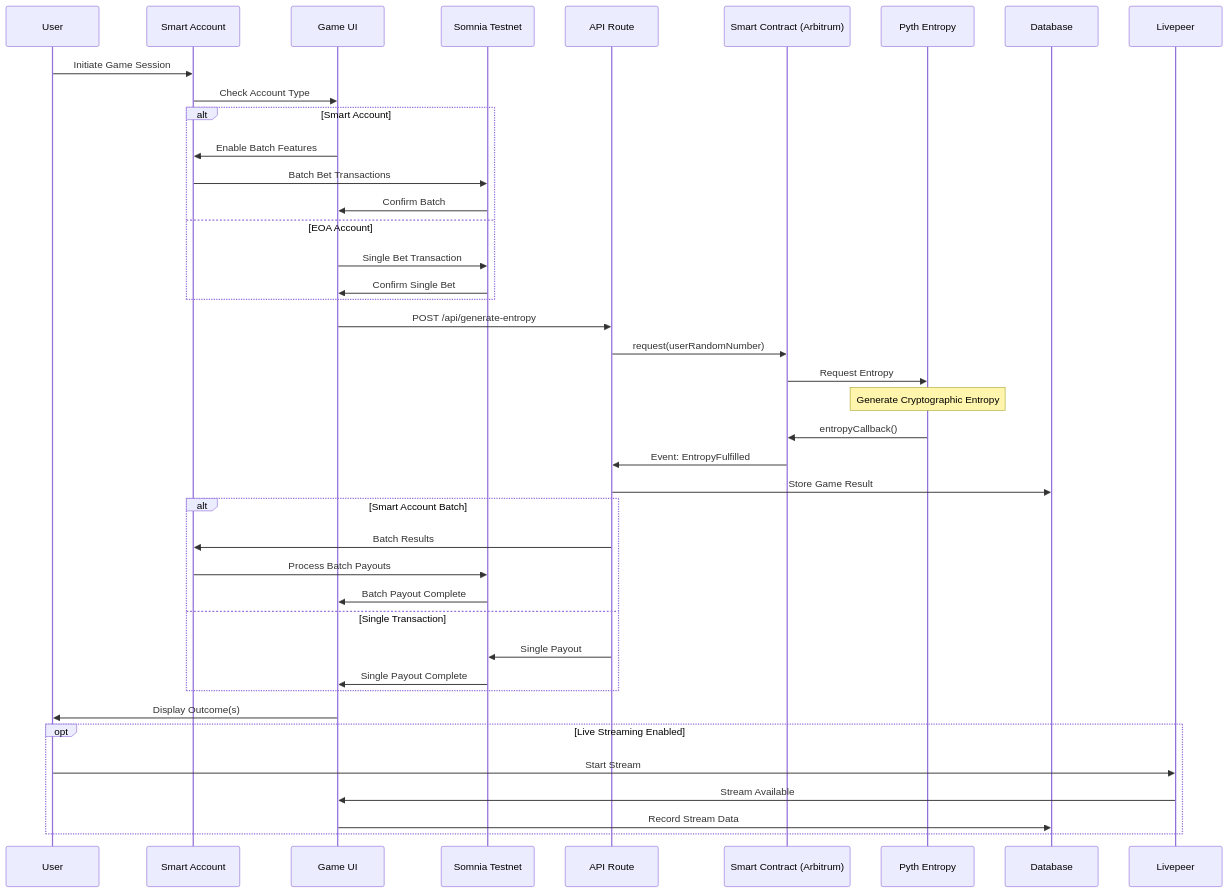
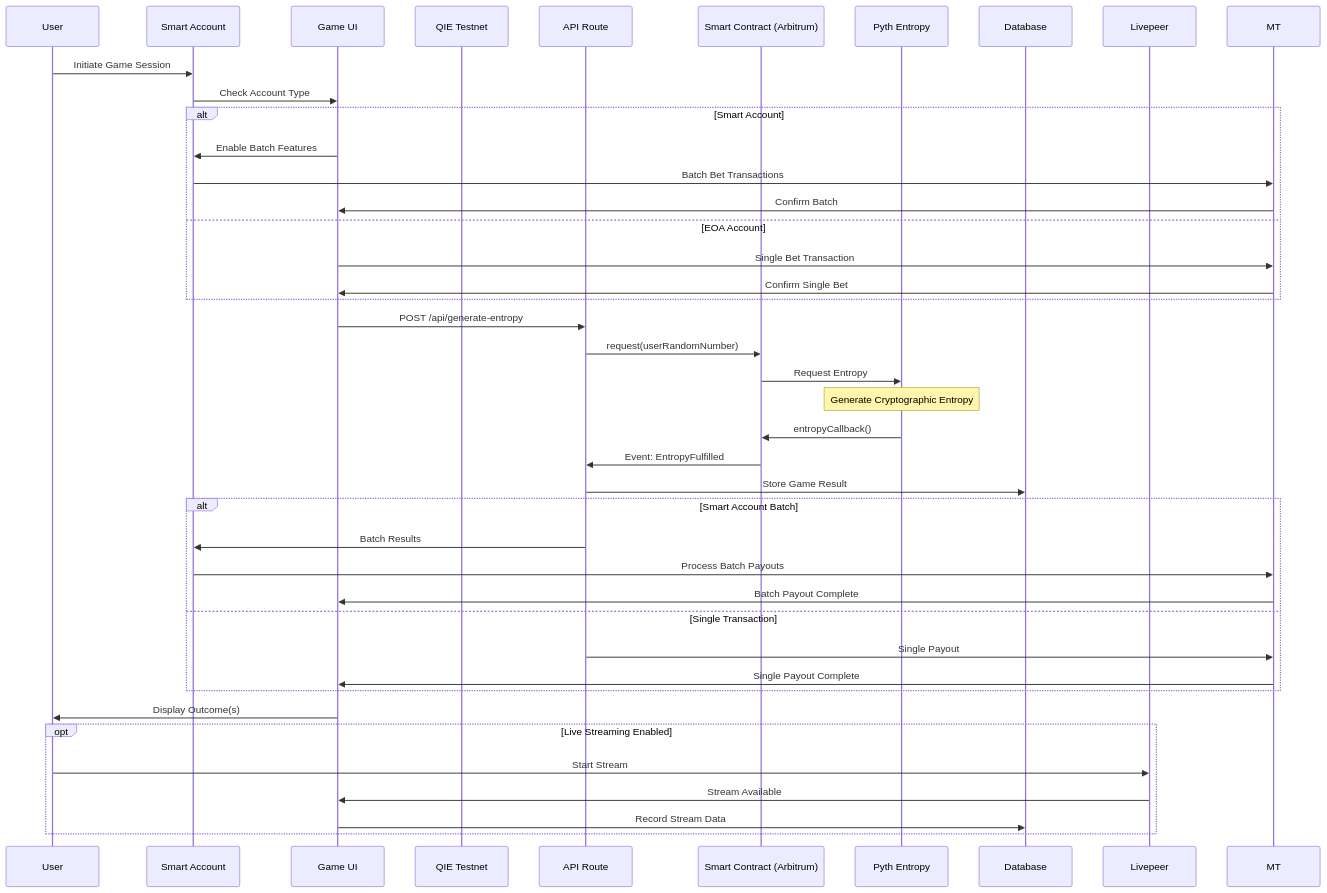
The sixth of 12 diagrams in README.md (AmaanSayyad/APT-Casino-QIE), drawn with Mermaid before and after one commit. The commit also changed other lines of this file, not shown here.

````diff
--- a/README.md
+++ b/README.md
@@ -403,51 +403,51 @@
 ```mermaid
 sequenceDiagram
     participant U as User
     participant SA as Smart Account
     participant UI as Game UI
-    participant MT as Somnia Testnet
+    participant QIE as QIE Testnet
     participant API as API Route
     participant SC as Smart Contract (Arbitrum)
     participant PE as Pyth Entropy
     participant DB as Database
     participant LP as Livepeer
     
     U->>SA: Initiate Game Session
     SA->>UI: Check Account Type
     
     alt Smart Account
         UI->>SA: Enable Batch Features
         SA->>MT: Batch Bet Transactions
         MT->>UI: Confirm Batch
     else EOA Account
         UI->>MT: Single Bet Transaction
         MT->>UI: Confirm Single Bet
     end
     
     UI->>API: POST /api/generate-entropy
     API->>SC: request(userRandomNumber)
     SC->>PE: Request Entropy
     
     Note over PE: Generate Cryptographic Entropy
     
     PE->>SC: entropyCallback()
     SC->>API: Event: EntropyFulfilled
     API->>DB: Store Game Result
     
     alt Smart Account Batch
         API->>SA: Batch Results
         SA->>MT: Process Batch Payouts
         MT->>UI: Batch Payout Complete
     else Single Transaction
         API->>MT: Single Payout
         MT->>UI: Single Payout Complete
     end
     
     UI->>U: Display Outcome(s)
     
     opt Live Streaming Enabled
         U->>LP: Start Stream
         LP->>UI: Stream Available
         UI->>DB: Record Stream Data
     end
 ```
````
